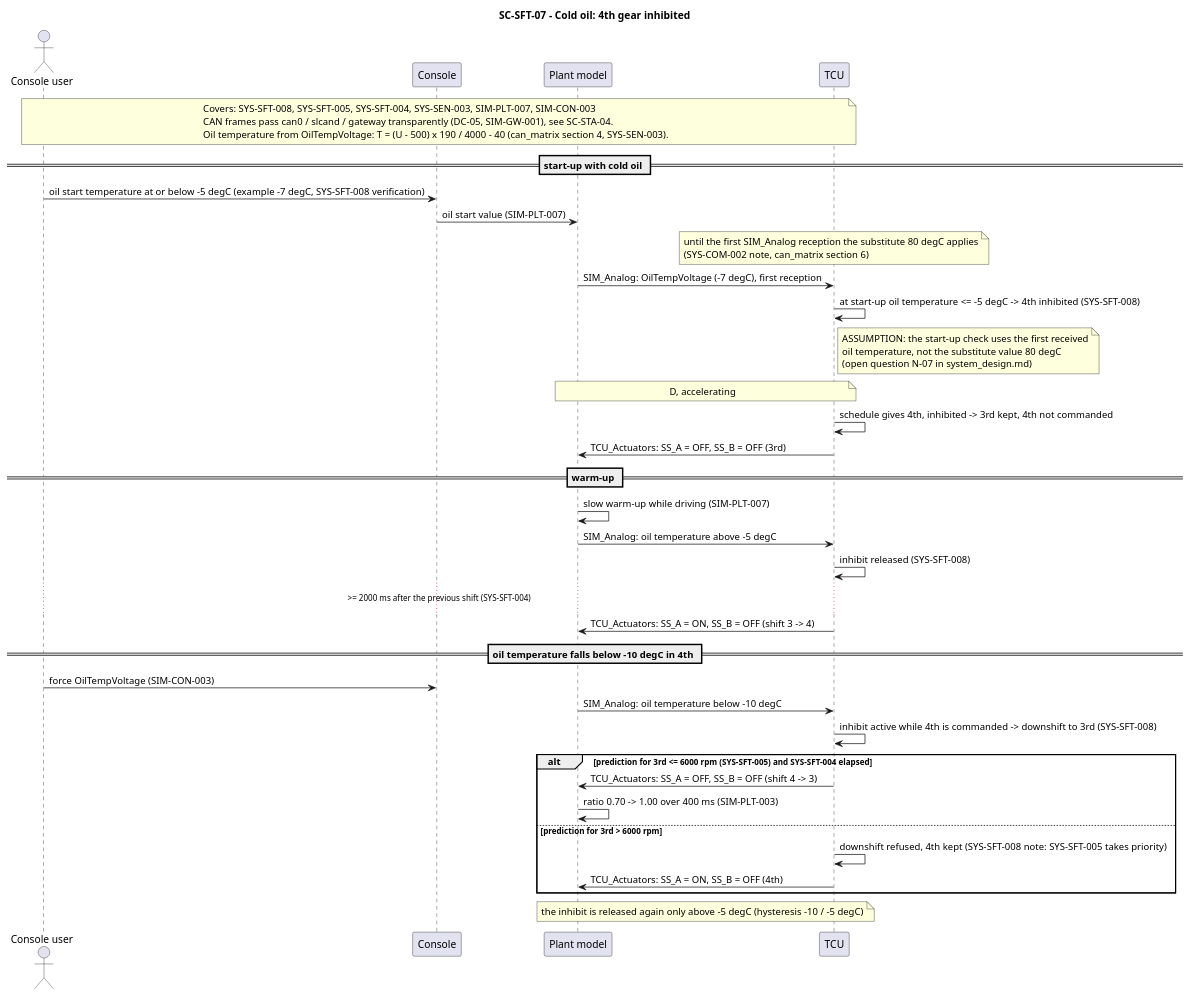
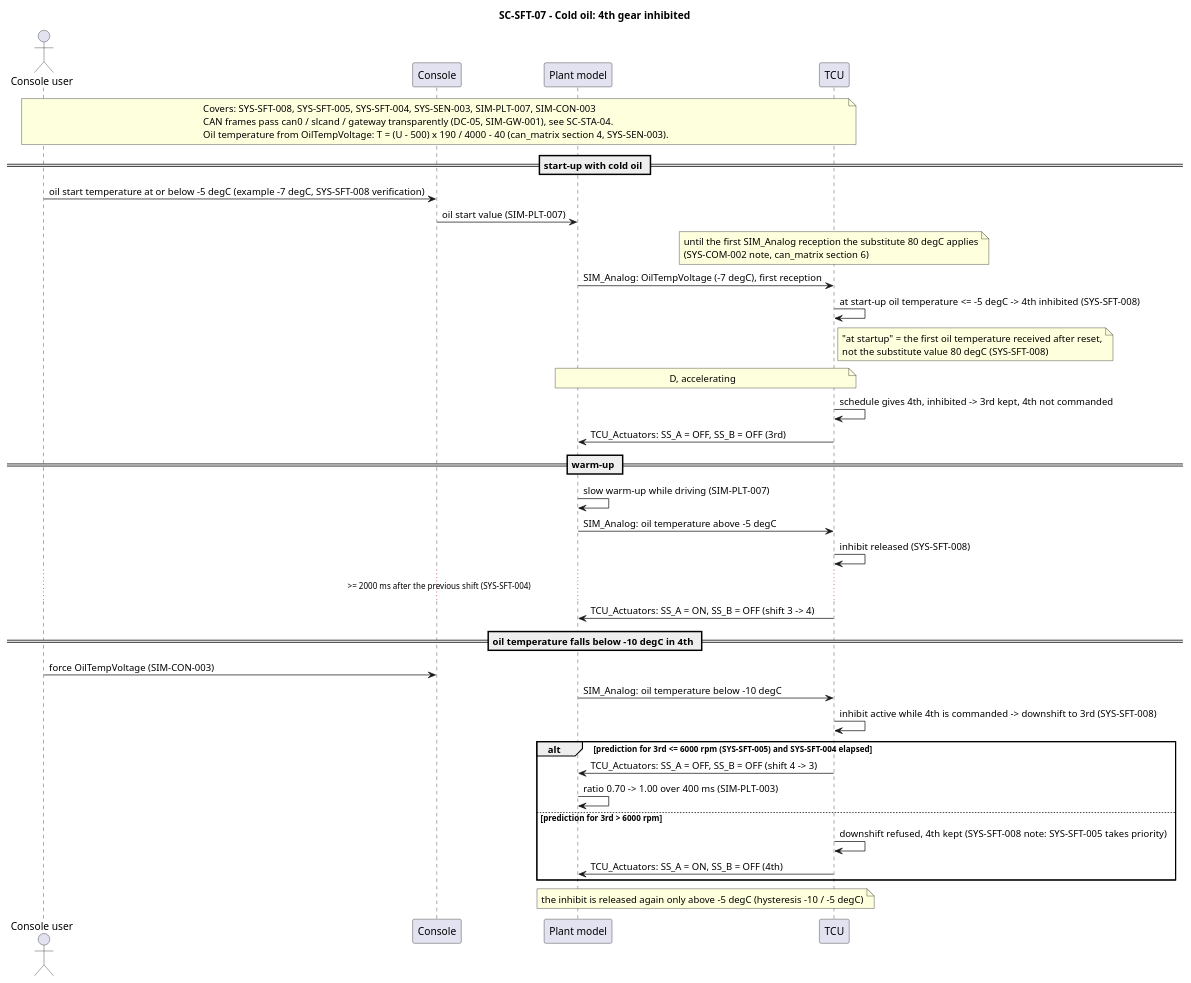
The diagram in docs/architecture/system/diagrams/seq_sft_cold_oil.puml (cavoidcodon/xAT), drawn with PlantUML before and after one commit. The commit also changed 16 other files, not shown here.

First line of the commit message:
Update system design for spec findings N-01..N-11 (TASK-026)

```diff
--- a/docs/architecture/system/diagrams/seq_sft_cold_oil.puml
+++ b/docs/architecture/system/diagrams/seq_sft_cold_oil.puml
@@ -1,45 +1,45 @@
 @startuml seq_sft_cold_oil
 title SC-SFT-07 - Cold oil: 4th gear inhibited
 
 actor "Console user" as User
 participant "Console" as Console
 participant "Plant model" as Plant
 participant "TCU" as TCU
 
 note over User, TCU
 Covers: SYS-SFT-008, SYS-SFT-005, SYS-SFT-004, SYS-SEN-003, SIM-PLT-007, SIM-CON-003
 CAN frames pass can0 / slcand / gateway transparently (DC-05, SIM-GW-001), see SC-STA-04.
 Oil temperature from OilTempVoltage: T = (U - 500) x 190 / 4000 - 40 (can_matrix section 4, SYS-SEN-003).
 end note
 
 == start-up with cold oil ==
 User -> Console : oil start temperature at or below -5 degC (example -7 degC, SYS-SFT-008 verification)
 Console -> Plant : oil start value (SIM-PLT-007)
 note over TCU: until the first SIM_Analog reception the substitute 80 degC applies\n(SYS-COM-002 note, can_matrix section 6)
 Plant -> TCU : SIM_Analog: OilTempVoltage (-7 degC), first reception
 TCU -> TCU : at start-up oil temperature <= -5 degC -> 4th inhibited (SYS-SFT-008)
-note right of TCU: ASSUMPTION: the start-up check uses the first received\noil temperature, not the substitute value 80 degC\n(open question N-07 in system_design.md)
+note right of TCU: "at startup" = the first oil temperature received after reset,\nnot the substitute value 80 degC (SYS-SFT-008)
 note over Plant, TCU: D, accelerating
 TCU -> TCU : schedule gives 4th, inhibited -> 3rd kept, 4th not commanded
 TCU -> Plant : TCU_Actuators: SS_A = OFF, SS_B = OFF (3rd)
 
 == warm-up ==
 Plant -> Plant : slow warm-up while driving (SIM-PLT-007)
 Plant -> TCU : SIM_Analog: oil temperature above -5 degC
 TCU -> TCU : inhibit released (SYS-SFT-008)
 ... >= 2000 ms after the previous shift (SYS-SFT-004) ...
 TCU -> Plant : TCU_Actuators: SS_A = ON, SS_B = OFF (shift 3 -> 4)
 
 == oil temperature falls below -10 degC in 4th ==
 User -> Console : force OilTempVoltage (SIM-CON-003)
 Plant -> TCU : SIM_Analog: oil temperature below -10 degC
 TCU -> TCU : inhibit active while 4th is commanded -> downshift to 3rd (SYS-SFT-008)
 alt prediction for 3rd <= 6000 rpm (SYS-SFT-005) and SYS-SFT-004 elapsed
   TCU -> Plant : TCU_Actuators: SS_A = OFF, SS_B = OFF (shift 4 -> 3)
   Plant -> Plant : ratio 0.70 -> 1.00 over 400 ms (SIM-PLT-003)
 else prediction for 3rd > 6000 rpm
   TCU -> TCU : downshift refused, 4th kept (SYS-SFT-008 note: SYS-SFT-005 takes priority)
   TCU -> Plant : TCU_Actuators: SS_A = ON, SS_B = OFF (4th)
 end
 note over Plant, TCU: the inhibit is released again only above -5 degC (hysteresis -10 / -5 degC)
 @enduml
```
